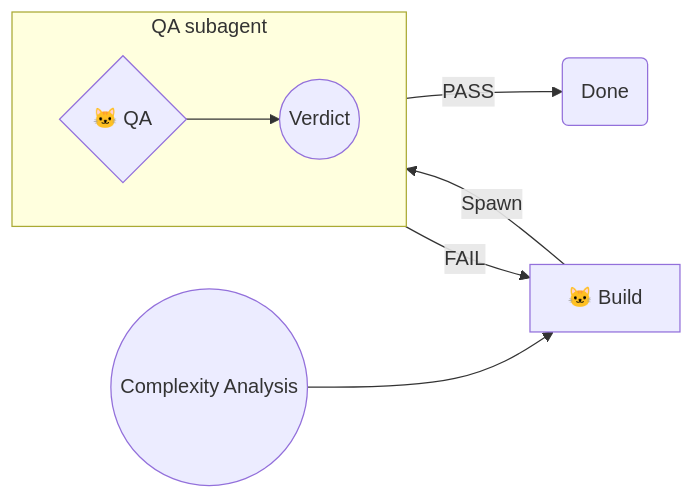
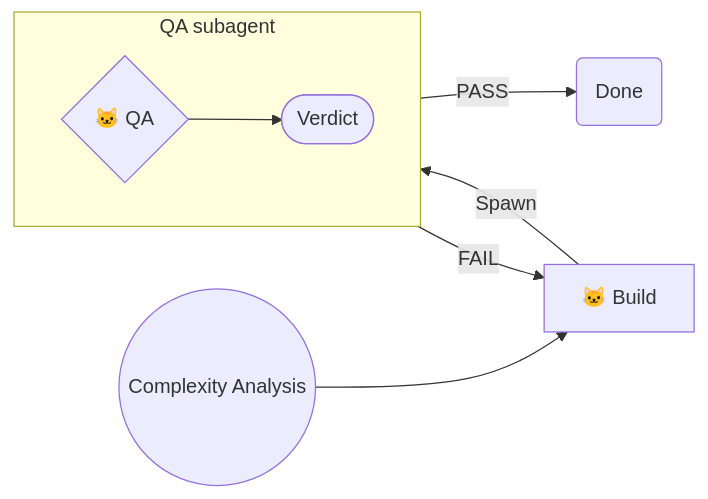
One commit to Texarkanine/.cursor-rules changed the first of 7 diagrams in memory-bank/active/creative/creative-verification-diagrams-review.md. Above: the diagram before and after it, drawn with Mermaid. The commit also changed other lines of this file, not shown here.

Commit message:
chore: Verdict uses stadium shape, not start circle

````diff
--- a/memory-bank/active/creative/creative-verification-diagrams-review.md
+++ b/memory-bank/active/creative/creative-verification-diagrams-review.md
@@ -21,11 +21,11 @@
 ```mermaid
 graph LR
     Start(("Complexity Analysis")) --> NikoBuild["🐱 Build"]
     NikoBuild --Spawn--> QA
     subgraph QASA["QA subagent"]
         direction LR
-        QA{"🐱 QA"} --> QAV(("Verdict"))
+        QA{"🐱 QA"} --> QAV(["Verdict"])
     end
     QAV -->|"PASS"| Done("Done")
     QAV -->|"FAIL"| NikoBuild
 ```
````
